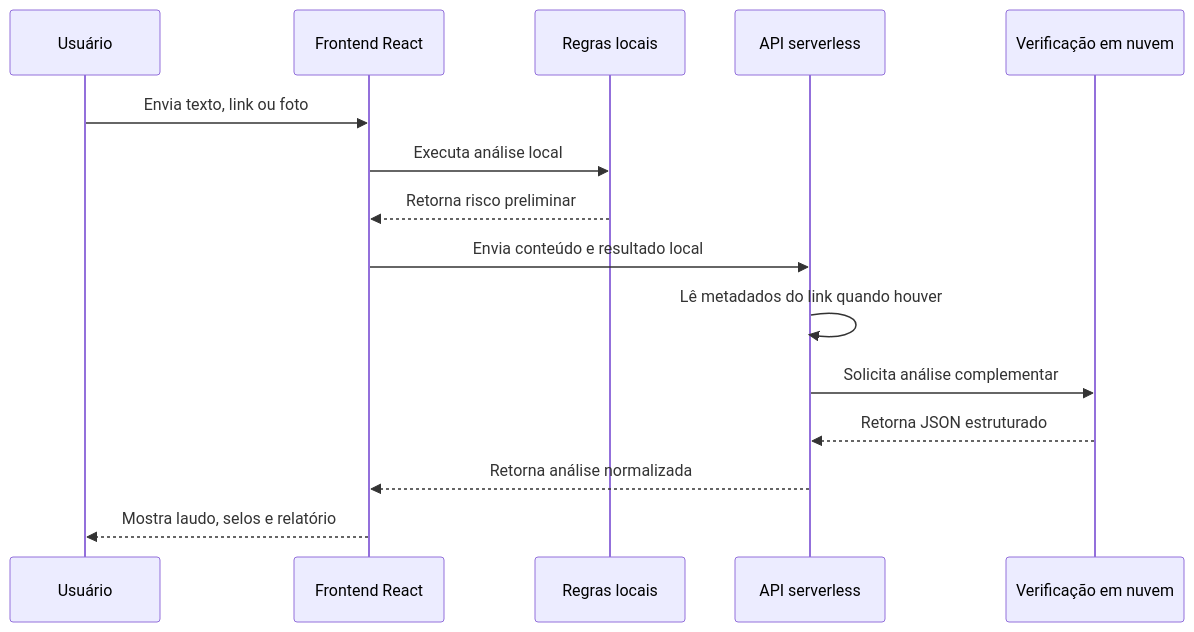
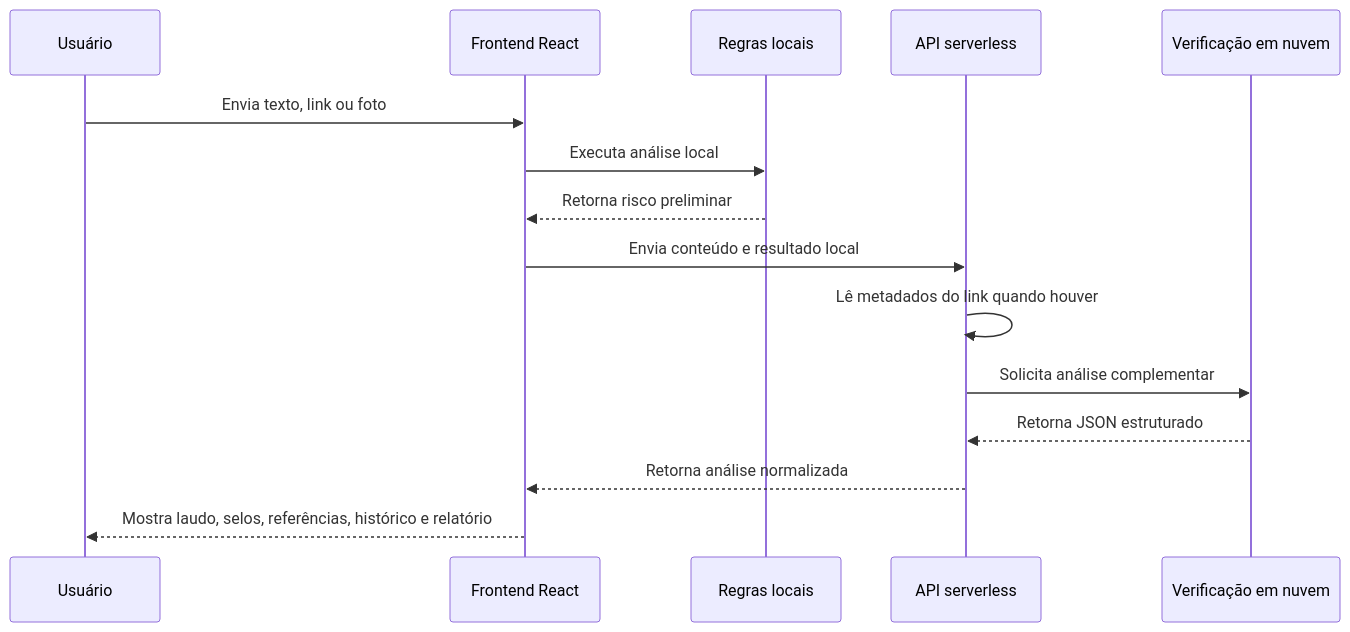
Before and after one commit to leonwaoo/confere-agora: the diagram in docs/arquitetura.md, drawn with Mermaid. The commit also changed other lines of this file and 8 other files, not shown here.

````diff
--- a/docs/arquitetura.md
+++ b/docs/arquitetura.md
@@ -7,18 +7,18 @@
 ```mermaid
 sequenceDiagram
   participant U as Usuário
   participant F as Frontend React
   participant R as Regras locais
   participant A as API serverless
   participant C as Verificação em nuvem
 
   U->>F: Envia texto, link ou foto
   F->>R: Executa análise local
   R-->>F: Retorna risco preliminar
   F->>A: Envia conteúdo e resultado local
   A->>A: Lê metadados do link quando houver
   A->>C: Solicita análise complementar
   C-->>A: Retorna JSON estruturado
   A-->>F: Retorna análise normalizada
-  F-->>U: Mostra laudo, selos e relatório
+  F-->>U: Mostra laudo, selos, referências, histórico e relatório
 ```
````
